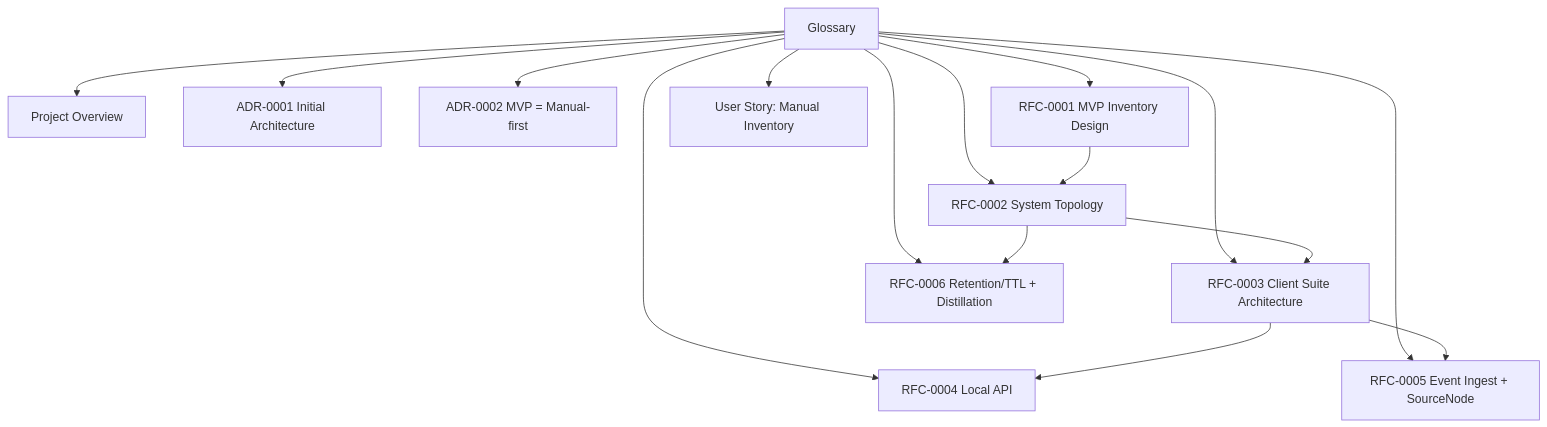
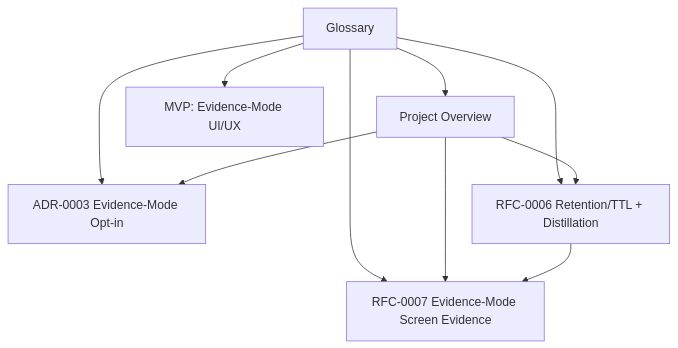
The eighth of 8 diagrams in .qoder/repowiki/en/content/Project Overview/Glossary.md (asukhodko/timeskein), drawn with Mermaid before and after one commit. The commit also changed other lines of this file and 6 other files, not shown here.

First line of the commit message:
docs(adr): add ADR-0003 Evidence-Mode Opt-in architecture decision

````diff
--- a/.qoder/repowiki/en/content/Project Overview/Glossary.md
+++ b/.qoder/repowiki/en/content/Project Overview/Glossary.md
@@ -284,29 +328,18 @@
 ```mermaid
 graph TB
 Glossary["Glossary"]
 Overview["Project Overview"]
-ADR0001["ADR-0001 Initial Architecture"]
-ADR0002["ADR-0002 MVP = Manual-first"]
-RFC0001["RFC-0001 MVP Inventory Design"]
-RFC0002["RFC-0002 System Topology"]
-RFC0003["RFC-0003 Client Suite Architecture"]
-RFC0004["RFC-0004 Local API"]
-RFC0005["RFC-0005 Event Ingest + SourceNode"]
+ADR0003["ADR-0003 Evidence-Mode Opt-in"]
 RFC0006["RFC-0006 Retention/TTL + Distillation"]
-US02["User Story: Manual Inventory"]
+RFC0007["RFC-0007 Evidence-Mode Screen Evidence"]
+MVP03["MVP: Evidence-Mode UI/UX"]
 Glossary --> Overview
-Glossary --> ADR0001
-Glossary --> ADR0002
-Glossary --> RFC0001
-Glossary --> RFC0002
-Glossary --> RFC0003
-Glossary --> RFC0004
-Glossary --> RFC0005
+Glossary --> ADR0003
 Glossary --> RFC0006
-Glossary --> US02
-RFC0001 --> RFC0002
-RFC0002 --> RFC0003
-RFC0003 --> RFC0004
-RFC0003 --> RFC0005
-RFC0002 --> RFC0006
+Glossary --> RFC0007
+Glossary --> MVP03
+Overview --> ADR0003
+Overview --> RFC0006
+Overview --> RFC0007
+RFC0006 --> RFC0007
 ```
````
